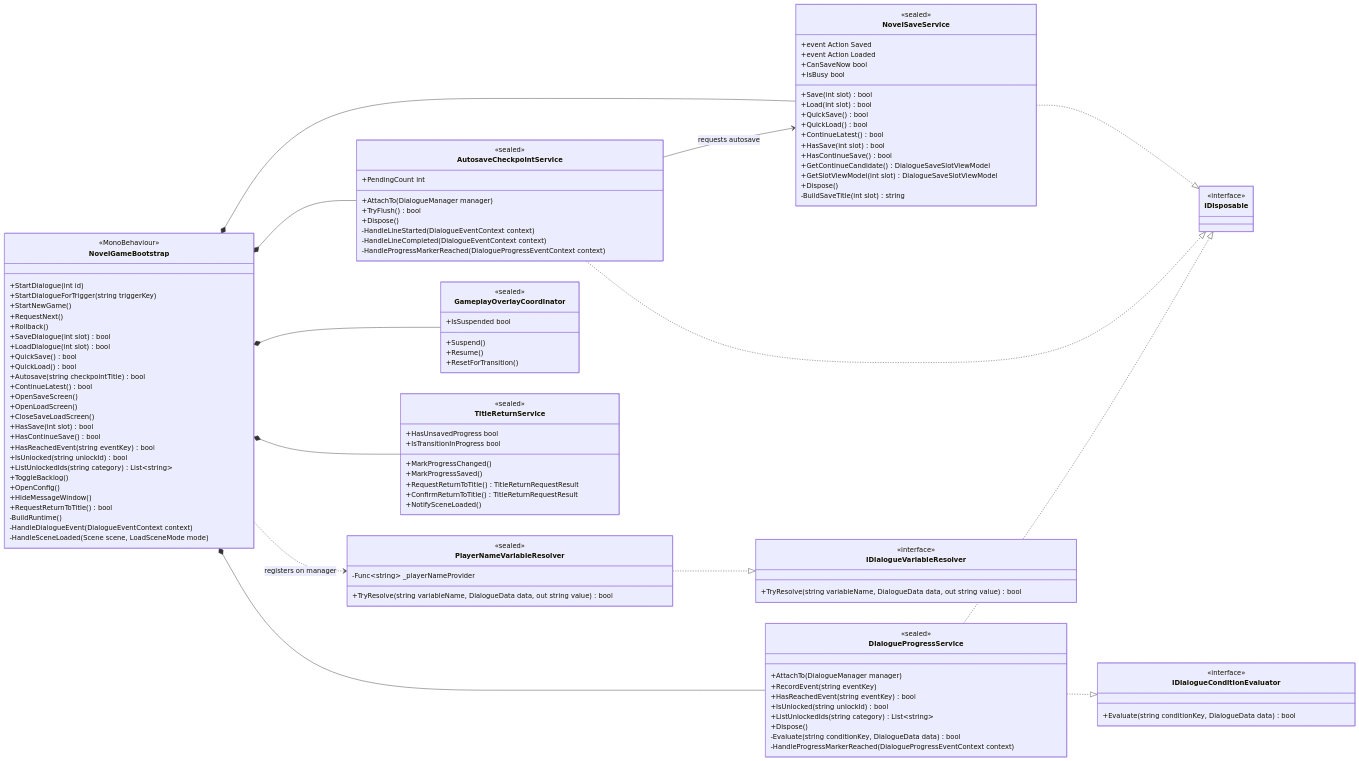
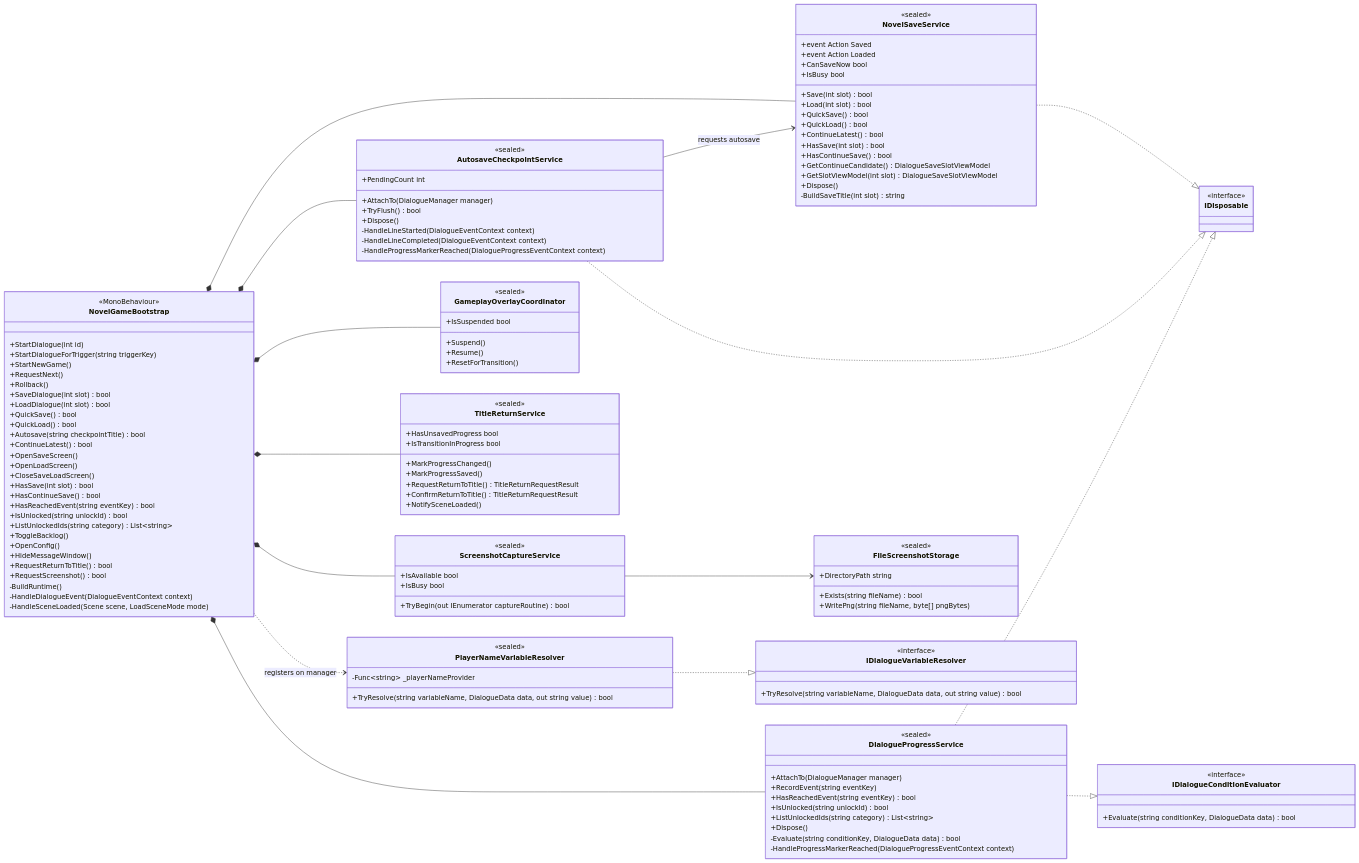
The third of 5 diagrams in docs/architecture/class-diagram.md (kkmia417/WhiteRoom), drawn with Mermaid before and after one commit. The commit also changed other lines of this file and 14 other files, not shown here.

Commit message:
feat: add player screenshot capture (#60)

```diff
--- a/docs/architecture/class-diagram.md
+++ b/docs/architecture/class-diagram.md
@@ -175,6 +182,7 @@
         +OpenConfig()
         +HideMessageWindow()
         +RequestReturnToTitle() bool
+        +RequestScreenshot() bool
         -BuildRuntime()
         -HandleDialogueEvent(DialogueEventContext context)
         -HandleSceneLoaded(Scene scene, LoadSceneMode mode)
@@ -247,6 +255,20 @@
         +NotifySceneLoaded()
     }
 
+    class ScreenshotCaptureService {
+        <<sealed>>
+        +IsAvailable bool
+        +IsBusy bool
+        +TryBegin(out IEnumerator captureRoutine) bool
+    }
+
+    class FileScreenshotStorage {
+        <<sealed>>
+        +DirectoryPath string
+        +Exists(string fileName) bool
+        +WritePng(string fileName, byte[] pngBytes)
+    }
+
     class IDialogueConditionEvaluator {
         <<interface>>
         +Evaluate(string conditionKey, DialogueData data) bool
@@ -264,6 +286,8 @@
     NovelGameBootstrap *-- DialogueProgressService
     NovelGameBootstrap *-- GameplayOverlayCoordinator
     NovelGameBootstrap *-- TitleReturnService
+    NovelGameBootstrap *-- ScreenshotCaptureService
+    ScreenshotCaptureService --> FileScreenshotStorage
     NovelGameBootstrap ..> PlayerNameVariableResolver : registers on manager
     NovelSaveService ..|> IDisposable
     AutosaveCheckpointService ..|> IDisposable
```
